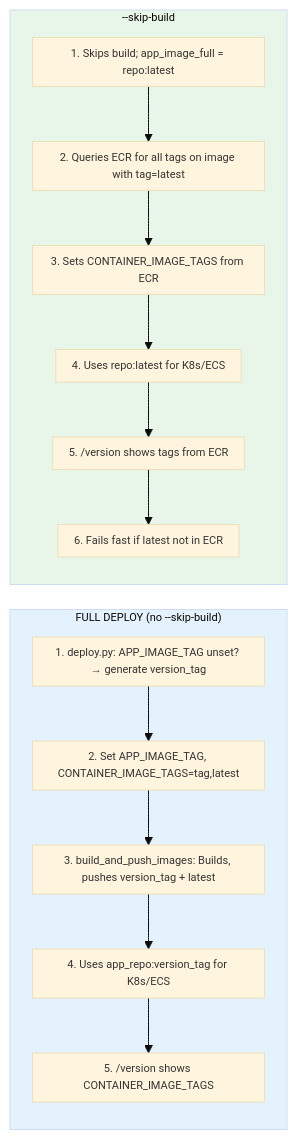
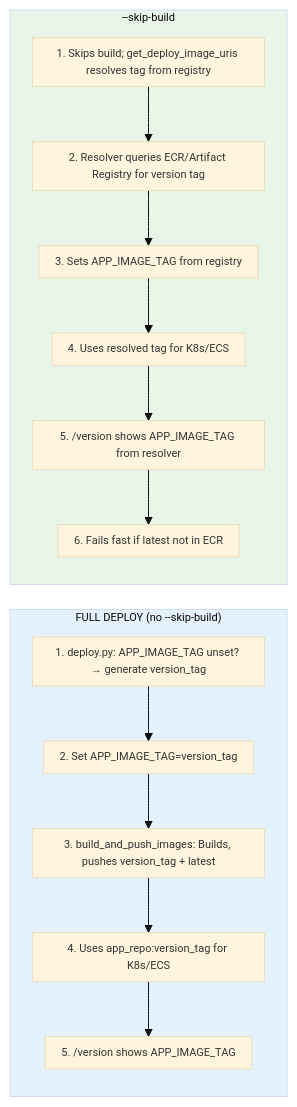
One commit to horselord-joe-8053/ultra-fru-genai-analytics-new changed the third of 8 diagrams in docs/war_stories/WAR_STORIES_CLOUD_SHARED.md. Above: the diagram before and after it, drawn with Mermaid. The commit also changed other lines of this file and 35 other files, not shown here.

Commit message:
Refactor image tag resolution and add local space management docs/scripts

````diff
--- a/docs/war_stories/WAR_STORIES_CLOUD_SHARED.md
+++ b/docs/war_stories/WAR_STORIES_CLOUD_SHARED.md
@@ -1095,25 +1095,25 @@
 ```mermaid
 %%{init: {'theme': 'base', 'themeVariables': { 'fontSize': '11px', 'fontFamily': 'sans-serif' }, 'flowchart': { 'padding': 8, 'nodeSpacing': 25, 'rankSpacing': 30 }}}%%
 flowchart LR
     subgraph FULL["FULL DEPLOY (no --skip-build)"]
         direction TB
         F1["1. deploy.py: APP_IMAGE_TAG unset? → generate version_tag"]
-        F2["2. Set APP_IMAGE_TAG, CONTAINER_IMAGE_TAGS=tag,latest"]
+        F2["2. Set APP_IMAGE_TAG=version_tag"]
         F3["3. build_and_push_images: Builds, pushes version_tag + latest"]
         F4["4. Uses app_repo:version_tag for K8s/ECS"]
-        F5["5. /version shows CONTAINER_IMAGE_TAGS"]
+        F5["5. /version shows APP_IMAGE_TAG"]
         F1 --> F2 --> F3 --> F4 --> F5
     end
     subgraph SKIP["--skip-build"]
         direction TB
-        S1["1. Skips build; app_image_full = repo:latest"]
-        S2["2. Queries ECR for all tags on image with tag=latest"]
-        S3["3. Sets CONTAINER_IMAGE_TAGS from ECR"]
-        S4["4. Uses repo:latest for K8s/ECS"]
-        S5["5. /version shows tags from ECR"]
+        S1["1. Skips build; get_deploy_image_uris resolves tag from registry"]
+        S2["2. Resolver queries ECR/Artifact Registry for version tag"]
+        S3["3. Sets APP_IMAGE_TAG from registry"]
+        S4["4. Uses resolved tag for K8s/ECS"]
+        S5["5. /version shows APP_IMAGE_TAG from resolver"]
         S6["6. Fails fast if latest not in ECR"]
         S1 --> S2 --> S3 --> S4 --> S5 --> S6
     end
     style FULL fill:#e3f2fd
     style SKIP fill:#e8f5e9
 ```
````
